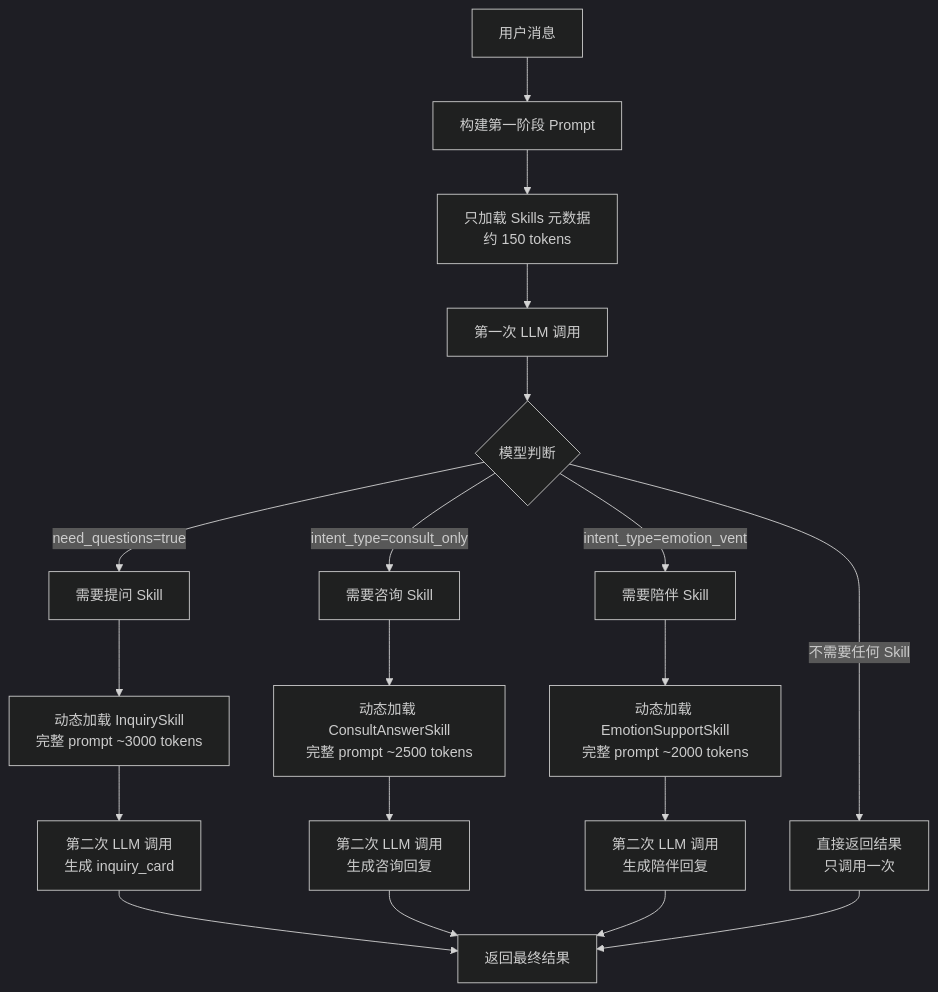
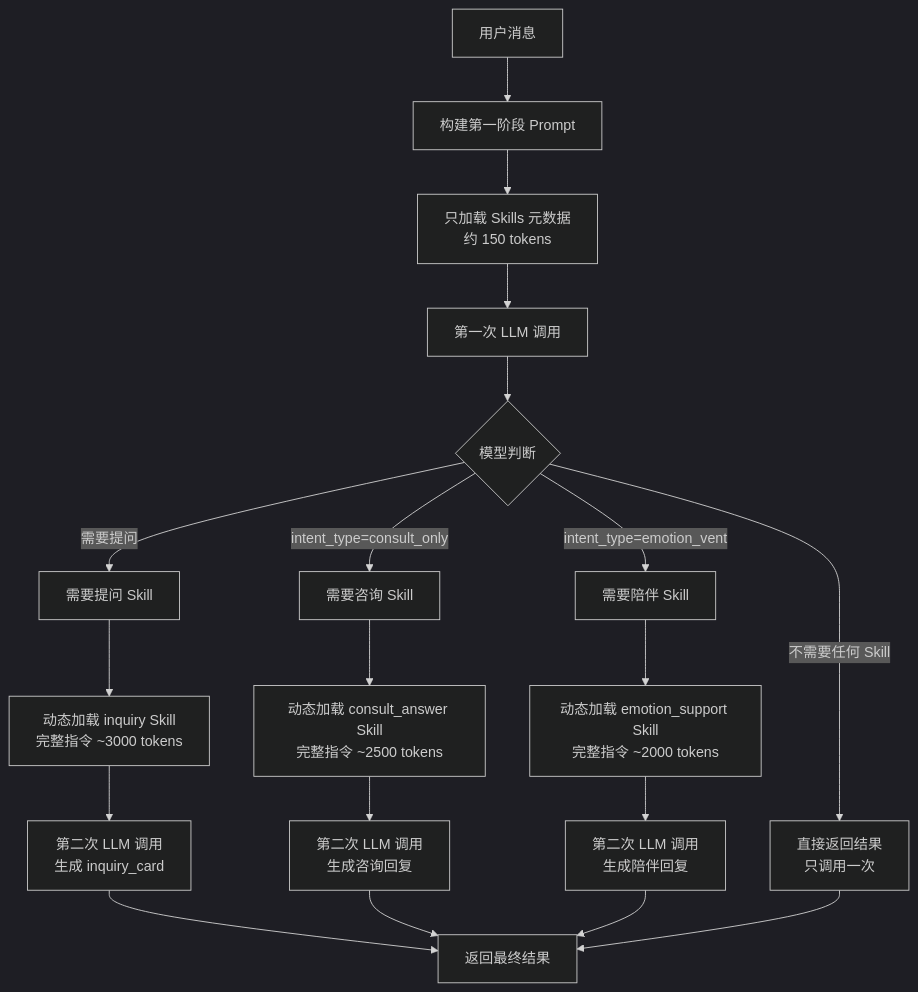
Before and after one commit to wangyizi0509-cloud/ai-prompt-builder: the second of 3 diagrams in agent_impl/docs/skill_demo.md, drawn with Mermaid (dark theme). The commit also changed other lines of this file and 48 other files, not shown here.

````diff
--- a/agent_impl/docs/skill_demo.md
+++ b/agent_impl/docs/skill_demo.md
@@ -34,21 +34,21 @@
 ```mermaid
 flowchart TD
     A[用户消息] --> B[构建第一阶段 Prompt]
     B --> C[只加载 Skills 元数据<br/>约 150 tokens]
     C --> D[第一次 LLM 调用]
     D --> E{模型判断}
-    E -->|need_questions=true| F[需要提问 Skill]
+    E -->|需要提问| F[需要提问 Skill]
     E -->|intent_type=consult_only| G[需要咨询 Skill]
     E -->|intent_type=emotion_vent| H[需要陪伴 Skill]
     E -->|不需要任何 Skill| I[直接返回结果<br/>只调用一次]
-    F --> J[动态加载 InquirySkill<br/>完整 prompt ~3000 tokens]
-    G --> K[动态加载 ConsultAnswerSkill<br/>完整 prompt ~2500 tokens]
-    H --> L[动态加载 EmotionSupportSkill<br/>完整 prompt ~2000 tokens]
+    F --> J[动态加载 inquiry Skill<br/>完整指令 ~3000 tokens]
+    G --> K[动态加载 consult_answer Skill<br/>完整指令 ~2500 tokens]
+    H --> L[动态加载 emotion_support Skill<br/>完整指令 ~2000 tokens]
     J --> M[第二次 LLM 调用<br/>生成 inquiry_card]
     K --> N[第二次 LLM 调用<br/>生成咨询回复]
     L --> O[第二次 LLM 调用<br/>生成陪伴回复]
     M --> P[返回最终结果]
     N --> P
     O --> P
     I --> P
 ```
````
